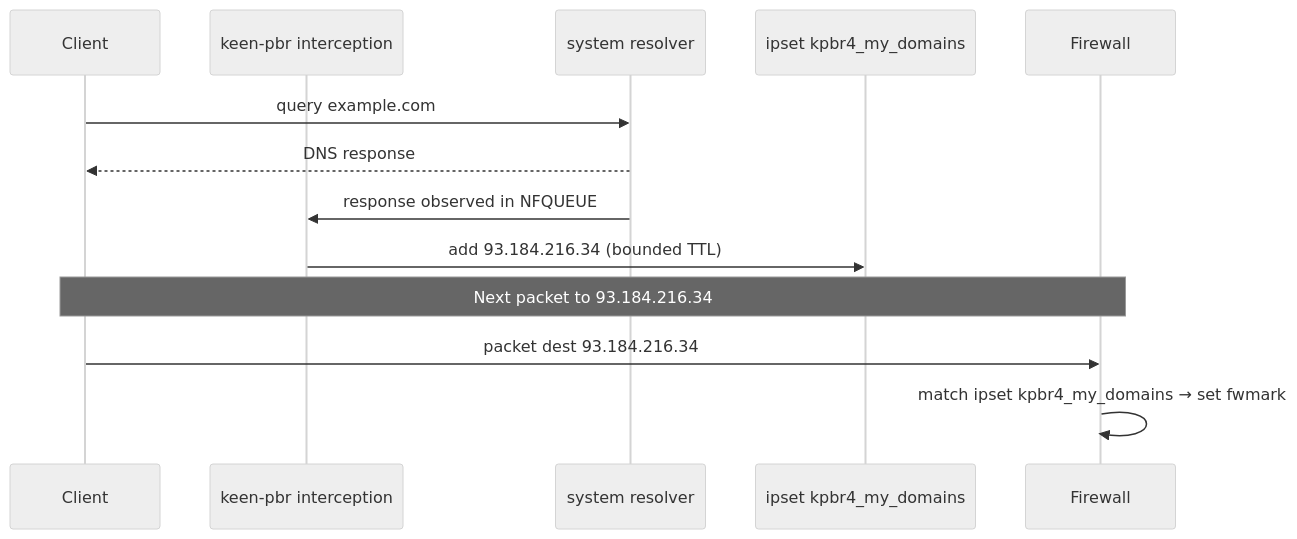
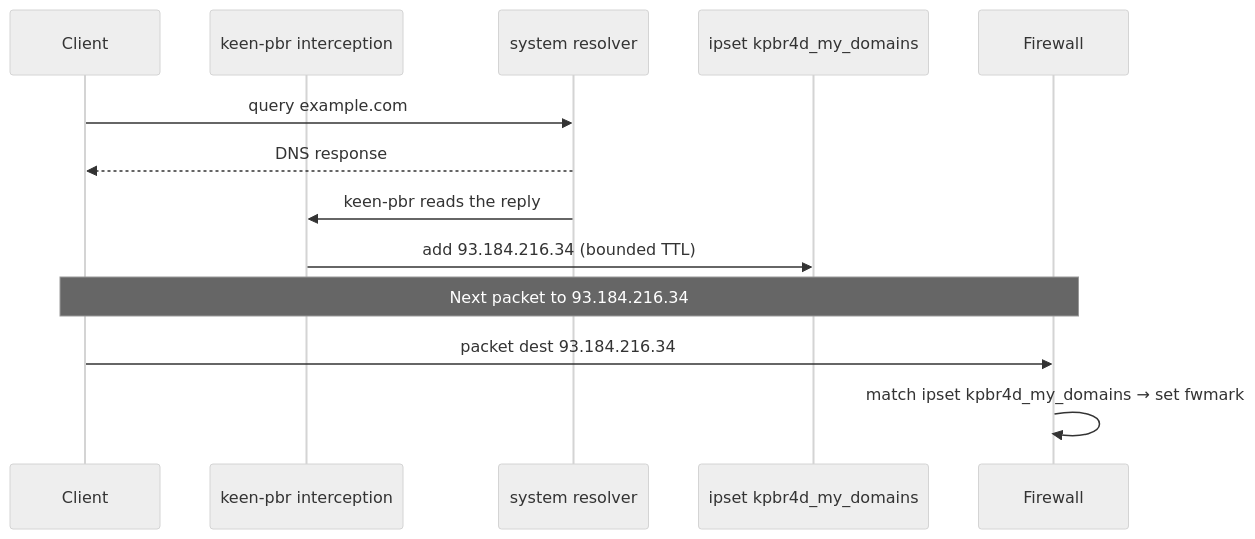
One commit to maksimkurb/keen-pbr changed the third of 3 diagrams in docs/content/docs/concepts.md. Above: the diagram before and after it, drawn with Mermaid (neutral theme). The commit also changed other lines of this file and 48 other files, not shown here.

````diff
--- a/docs/content/docs/concepts.md
+++ b/docs/content/docs/concepts.md
@@ -152,17 +151,17 @@
 ```mermaid
 sequenceDiagram
     participant Client
     participant Interceptor as keen-pbr interception
     participant Resolver as system resolver
-    participant Ipset as ipset kpbr4_my_domains
+    participant Ipset as ipset kpbr4d_my_domains
     participant Firewall
 
     Client->>Resolver: query example.com
     Resolver-->>Client: DNS response
-    Resolver->>Interceptor: response observed in NFQUEUE
+    Resolver->>Interceptor: keen-pbr reads the reply
     Interceptor->>Ipset: add 93.184.216.34 (bounded TTL)
 
     Note over Client,Firewall: Next packet to 93.184.216.34
     Client->>Firewall: packet dest 93.184.216.34
-    Firewall->>Firewall: match ipset kpbr4_my_domains → set fwmark
+    Firewall->>Firewall: match ipset kpbr4d_my_domains → set fwmark
 ```
````
